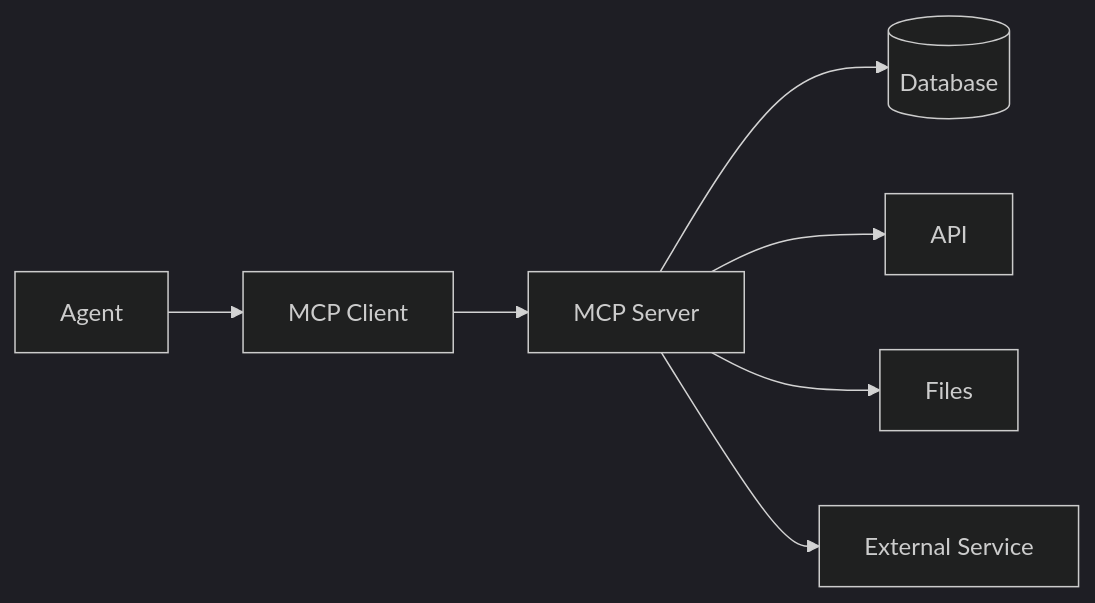
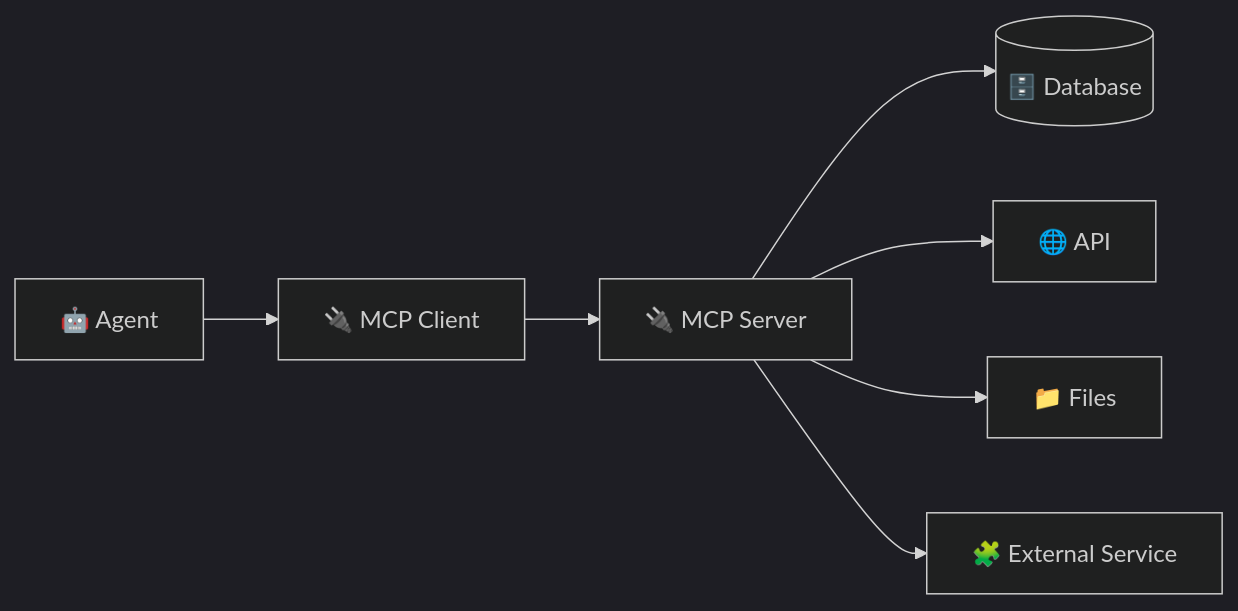
Before and after one commit to maliksiddiq/learning-agentic-ai: diagram 19 of 31 in Agentic Ai Learning/08 Open-ai-agent-sdk/00 Introduction/Readme.md, drawn with Mermaid (dark theme). The commit also changed other lines of this file, not shown here.

Commit message:
Introduction OF open-ai-agent-sdk

````diff
--- a/Agentic Ai Learning/08 Open-ai-agent-sdk/00 Introduction/Readme.md
+++ b/Agentic Ai Learning/08 Open-ai-agent-sdk/00 Introduction/Readme.md
@@ -336,8 +433,8 @@
 ```mermaid
 flowchart LR
-    Agent --> MC[MCP Client] --> MS[MCP Server]
-    MS --> DB[(Database)]
-    MS --> API[API]
-    MS --> Files[Files]
-    MS --> Ext[External Service]
+    Agent["🤖 Agent"] --> MC["🔌 MCP Client"] --> MS["🔌 MCP Server"]
+    MS --> DB[("🗄️ Database")]
+    MS --> API["🌐 API"]
+    MS --> Files["📁 Files"]
+    MS --> Ext["🧩 External Service"]
 ```
````
